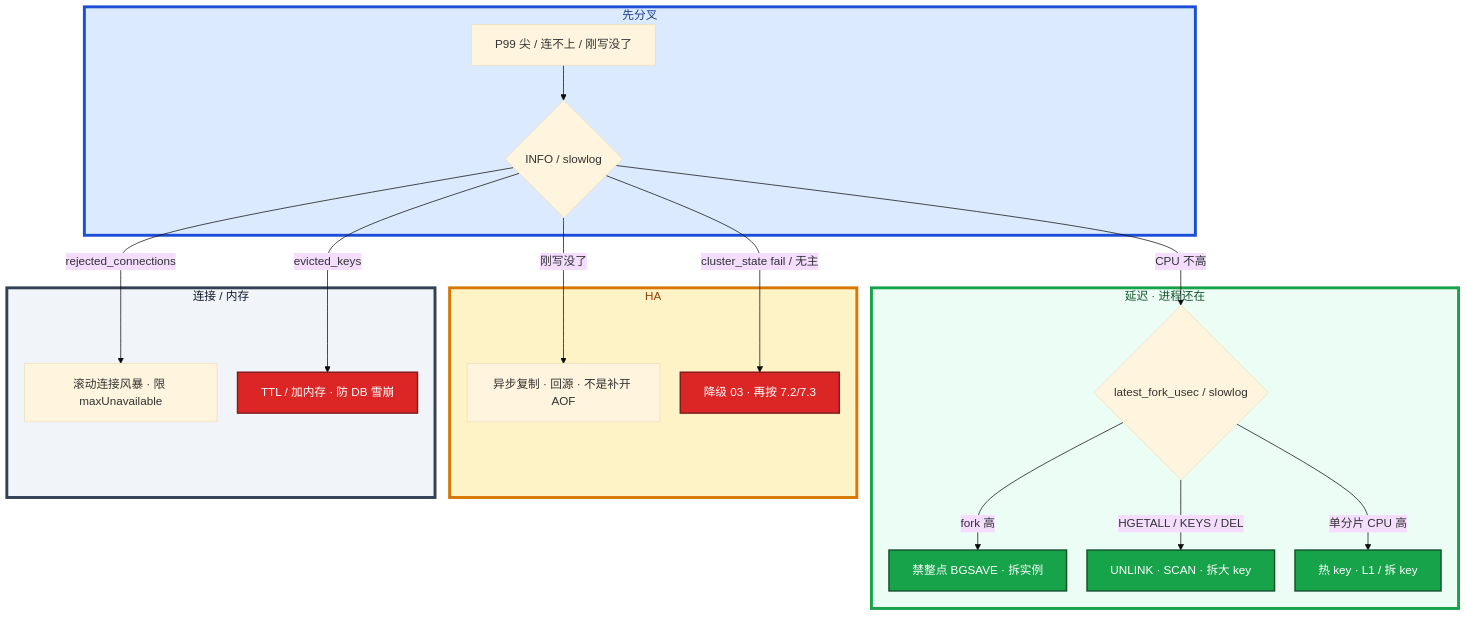
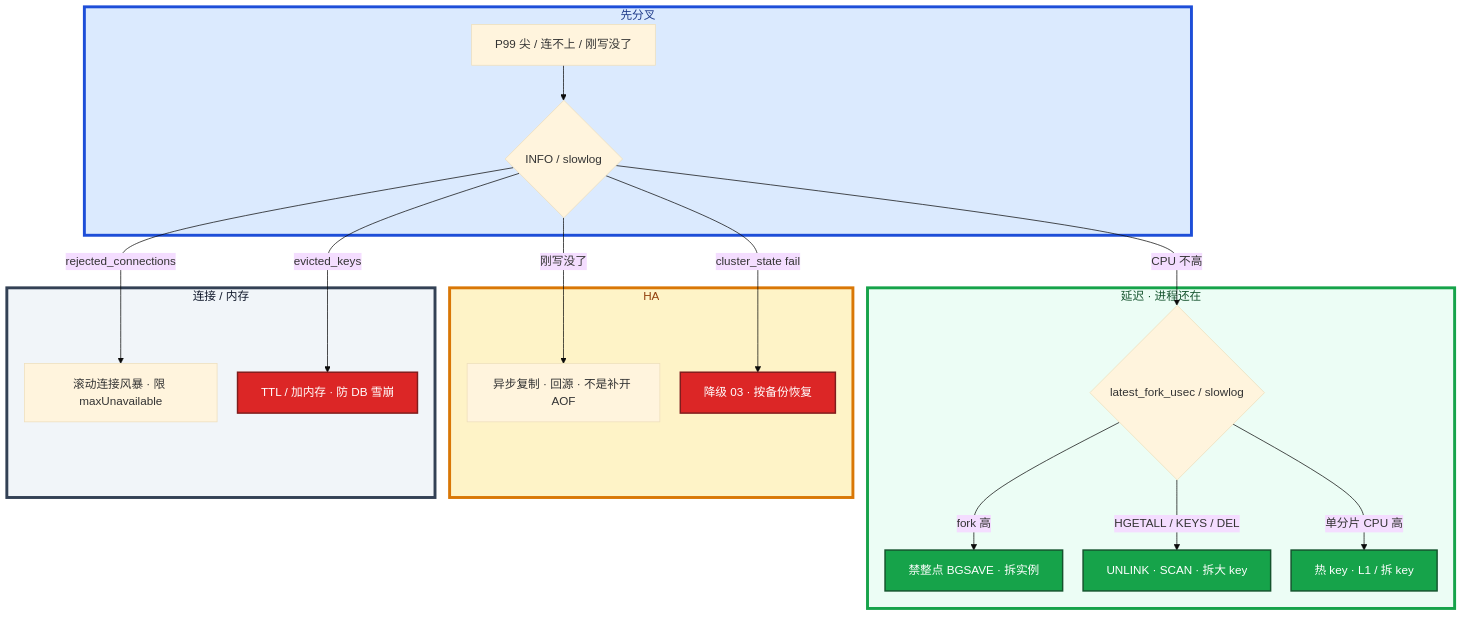
Before and after one commit to ml-cuizijun/LearnToLilith: the seventh of 7 diagrams in 03-中间件与数据库/02-Redis/知识点.md, drawn with Mermaid. The commit also changed other lines of this file and 107 other files, not shown here.

````diff
--- a/03-中间件与数据库/02-Redis/知识点.md
+++ b/03-中间件与数据库/02-Redis/知识点.md
@@ -529,34 +610,34 @@
 ```mermaid
 %%{init: {"flowchart": {"padding": 16, "nodeSpacing": 28, "rankSpacing": 48}, "theme": "base"}}%%
 flowchart TB
     subgraph gate ["先分叉"]
         A[P99 尖 / 连不上 / 刚写没了] --> B{INFO / slowlog}
     end
 
     subgraph lat ["延迟 · 进程还在"]
         B -->|CPU 不高| C{latest_fork_usec / slowlog}
         C -->|fork 高| D[禁整点 BGSAVE · 拆实例]
         C -->|HGETALL / KEYS / DEL| E[UNLINK · SCAN · 拆大 key]
         C -->|单分片 CPU 高| F[热 key · L1 / 拆 key]
     end
 
     subgraph ha ["HA"]
         B -->|刚写没了| G[异步复制 · 回源 · 不是补开 AOF]
-        B -->|cluster_state fail / 无主| H[降级 03 · 再按 7.2/7.3]
+        B -->|cluster_state fail| H[降级 03 · 按备份恢复]
     end
 
     subgraph conn ["连接 / 内存"]
         B -->|rejected_connections| I[滚动连接风暴 · 限 maxUnavailable]
         B -->|evicted_keys| J[TTL / 加内存 · 防 DB 雪崩]
     end
 
     classDef bad fill:#DC2626,stroke:#7F1D1D,stroke-width:2px,color:#fff
     classDef ok fill:#16A34A,stroke:#14532D,stroke-width:2px,color:#fff
     class H,J bad
     class D,E,F ok
 
     style gate fill:#DBEAFE,stroke:#1D4ED8,stroke-width:4px,color:#1E3A8A
     style lat fill:#ECFDF5,stroke:#16A34A,stroke-width:4px,color:#14532D
     style ha fill:#FEF3C7,stroke:#D97706,stroke-width:4px,color:#92400E
     style conn fill:#F1F5F9,stroke:#334155,stroke-width:4px,color:#0F172A
 ```
````
